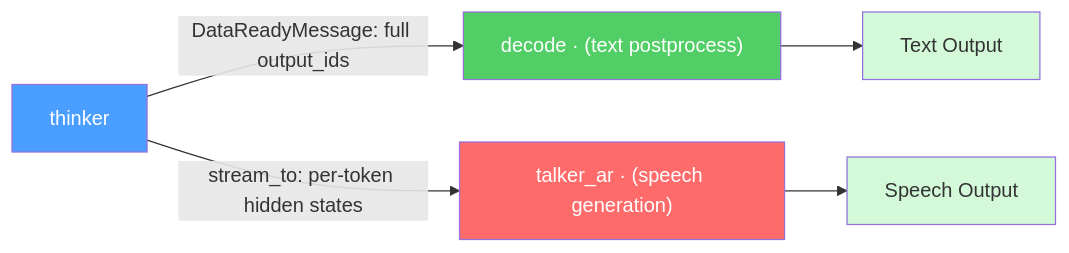
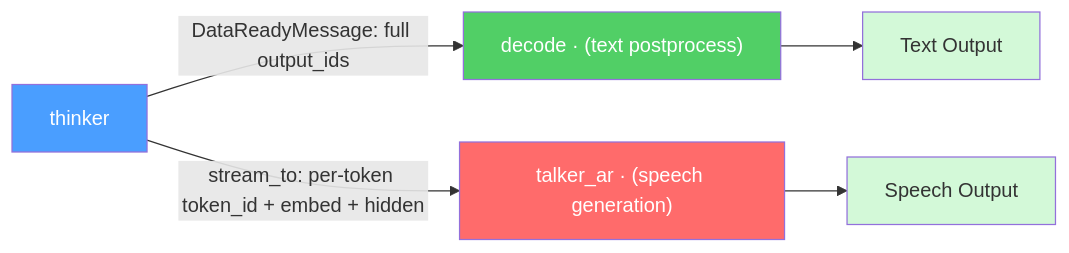
One commit to zhaochenyang20/Awesome-ML-SYS-Tutorial changed diagram 16 of 22 in sglang/sglang-omni/README.md. Above: the diagram before and after it, drawn with Mermaid. The commit also changed other lines of this file and 2 other files, not shown here.

````diff
--- a/sglang/sglang-omni/README.md
+++ b/sglang/sglang-omni/README.md
@@ -779,16 +777,16 @@
 ```mermaid
 graph LR
     Th["thinker"]
 
     Th --> |"DataReadyMessage: full output_ids"| Dec["decode · (text postprocess)"]
-    Th --> |"stream_to: per-token hidden states"| Tk["talker_ar · (speech generation)"]
+    Th --> |"stream_to: per-token token_id + embed + hidden"| Tk["talker_ar · (speech generation)"]
 
     Dec --> TextOut["Text Output"]
     Tk --> SpeechOut["Speech Output"]
 
     style Th fill:#4a9eff,color:#fff
     style Dec fill:#51cf66,color:#fff
     style Tk fill:#ff6b6b,color:#fff
     style TextOut fill:#d3f9d8,color:#333
     style SpeechOut fill:#d3f9d8,color:#333
 ```
````
